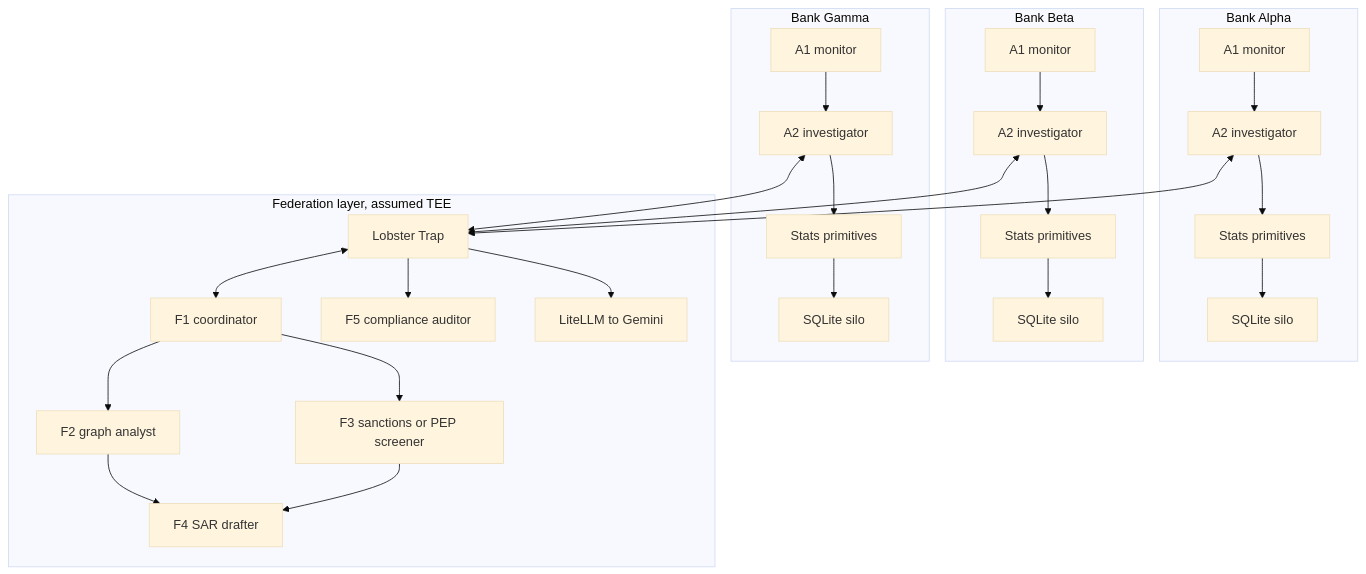
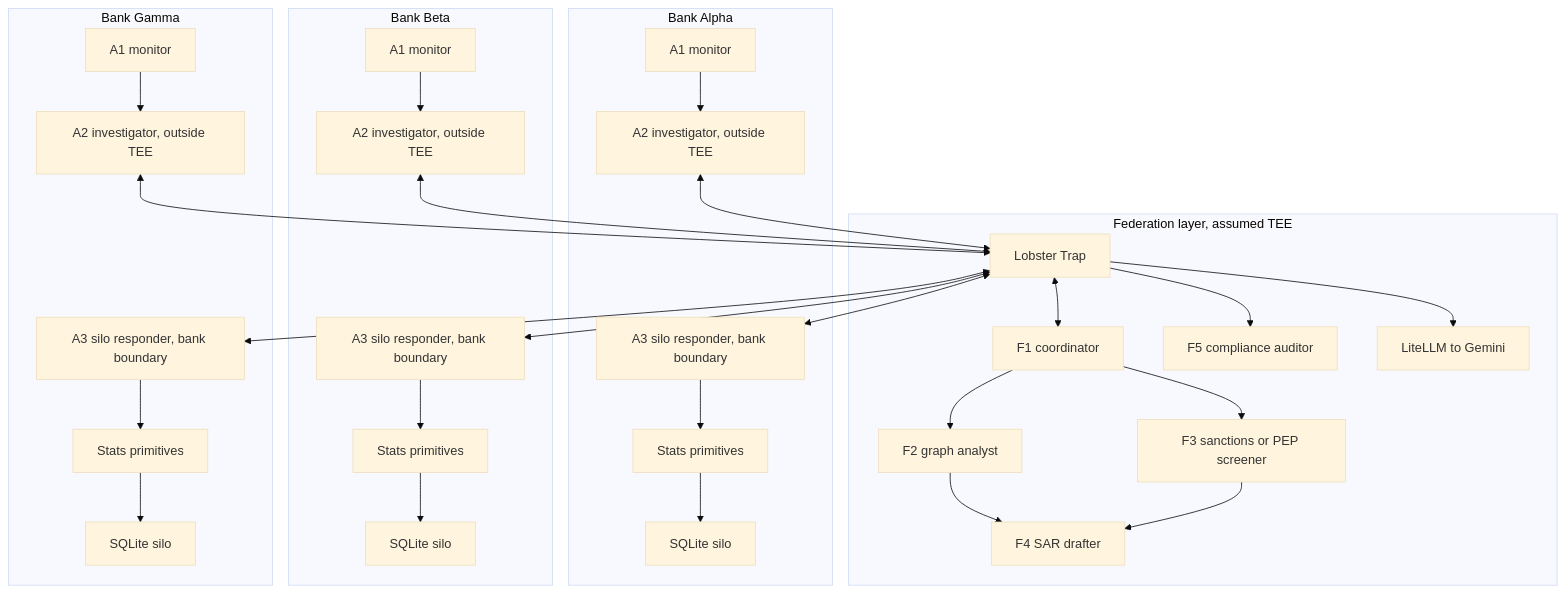
Before and after one commit to Airwhale/federated_silo_agent: the diagram in README.md, drawn with Mermaid (base theme). The commit also changed other lines of this file and 6 other files, not shown here.

First line of the commit message:
Architectural upgrade: A2/A3 split + security envelope + AgentMessage union

````diff
--- a/README.md
+++ b/README.md
@@ -74,53 +93,59 @@
 ```mermaid
 flowchart TB
     subgraph BA["Bank Alpha"]
         A1A["A1 monitor"]
-        A2A["A2 investigator"]
+        A2A["A2 investigator, outside TEE"]
+        A3A["A3 silo responder, bank boundary"]
         DBA["SQLite silo"]
         SPA["Stats primitives"]
         A1A --> A2A
-        A2A --> SPA
+        A3A --> SPA
         SPA --> DBA
     end
 
     subgraph BB["Bank Beta"]
         A1B["A1 monitor"]
-        A2B["A2 investigator"]
+        A2B["A2 investigator, outside TEE"]
+        A3B["A3 silo responder, bank boundary"]
         DBB["SQLite silo"]
         SPB["Stats primitives"]
         A1B --> A2B
-        A2B --> SPB
+        A3B --> SPB
         SPB --> DBB
     end
 
     subgraph BG["Bank Gamma"]
         A1G["A1 monitor"]
-        A2G["A2 investigator"]
+        A2G["A2 investigator, outside TEE"]
+        A3G["A3 silo responder, bank boundary"]
         DBG["SQLite silo"]
         SPG["Stats primitives"]
         A1G --> A2G
-        A2G --> SPG
+        A3G --> SPG
         SPG --> DBG
     end
 
     subgraph FED["Federation layer, assumed TEE"]
         F1["F1 coordinator"]
         F2["F2 graph analyst"]
         F3["F3 sanctions or PEP screener"]
         F4["F4 SAR drafter"]
         F5["F5 compliance auditor"]
         LT["Lobster Trap"]
         LLM["LiteLLM to Gemini"]
         LT --> LLM
         F1 --> F2
         F1 --> F3
         F2 --> F4
         F3 --> F4
         LT --> F5
     end
 
     A2A <--> LT
     A2B <--> LT
     A2G <--> LT
     LT <--> F1
+    LT <--> A3A
+    LT <--> A3B
+    LT <--> A3G
 ```
````
